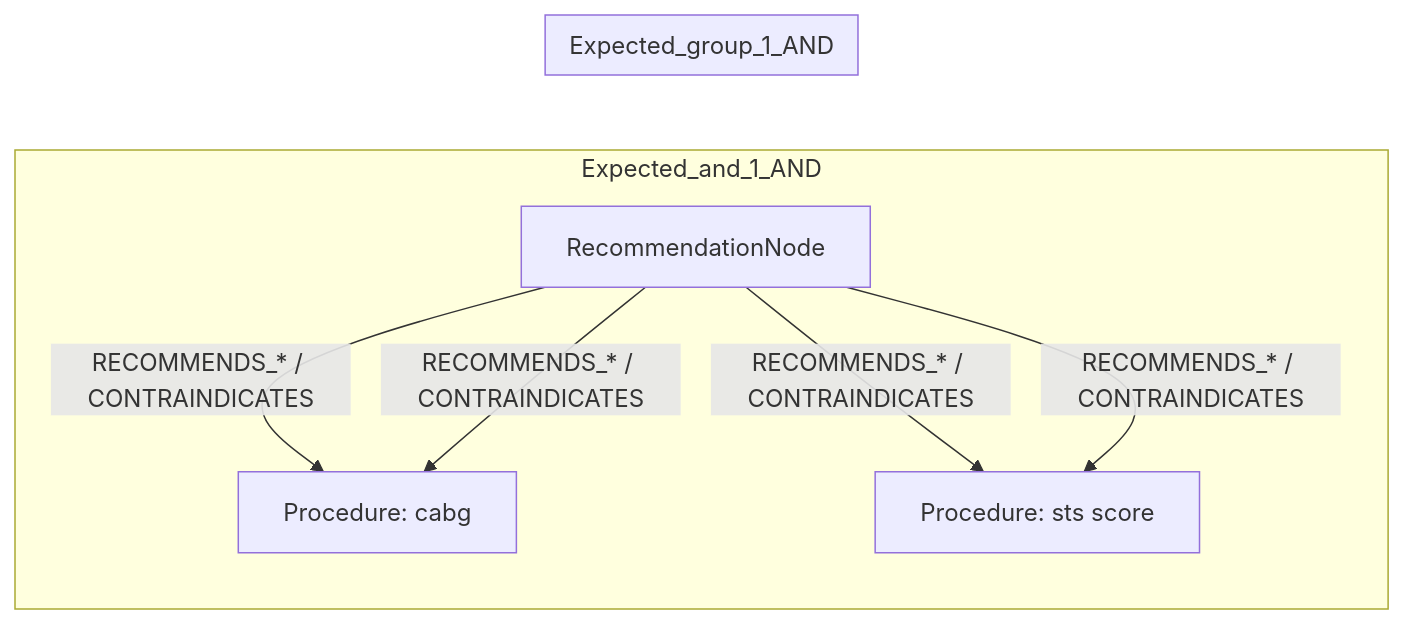
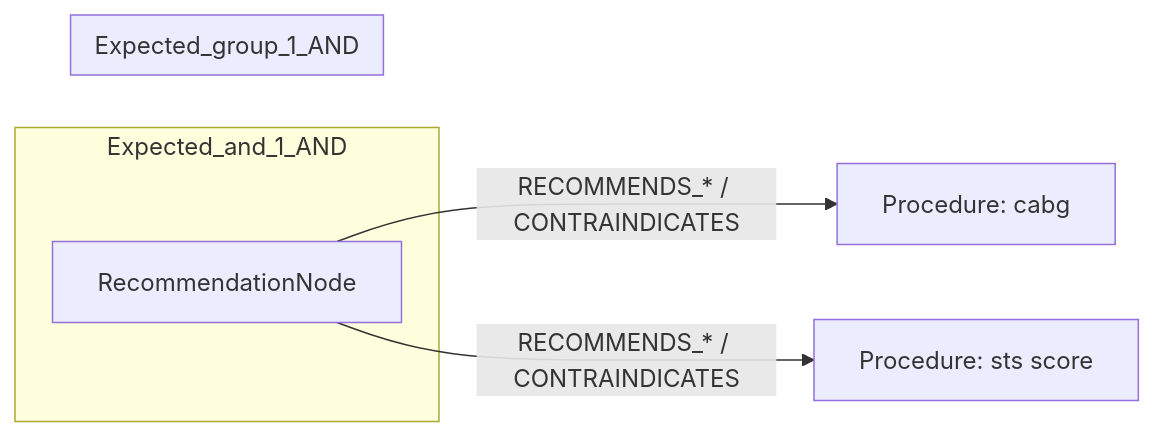
Before and after one commit to dieterich-lab/CardioGuidelinesGraph: the first of 2 diagrams in docs/table22_rows/row_14.md, drawn with Mermaid. The commit also changed other lines of this file and 18 other files, not shown here.

Commit message:
Update mermaid diagrams.

````diff
--- a/docs/table22_rows/row_14.md
+++ b/docs/table22_rows/row_14.md
@@ -206,19 +206,14 @@
 ```mermaid
 graph LR
+  REC[RecommendationNode]
+  ACT1[Procedure: cabg]
+  REC -->|RECOMMENDS_* / CONTRAINDICATES| ACT1
+  ACT2[Procedure: sts score]
+  REC -->|RECOMMENDS_* / CONTRAINDICATES| ACT2
   subgraph Expected_and_1_AND
-    REC[RecommendationNode]
     REC
-    ACT1[Procedure: cabg]
-    REC -->|RECOMMENDS_* / CONTRAINDICATES| ACT1
-    ACT2[Procedure: sts score]
-    REC -->|RECOMMENDS_* / CONTRAINDICATES| ACT2
   end
   subgraph Expected_group_1_AND
-    REC[RecommendationNode]
     REC
-    ACT1[Procedure: cabg]
-    REC -->|RECOMMENDS_* / CONTRAINDICATES| ACT1
-    ACT2[Procedure: sts score]
-    REC -->|RECOMMENDS_* / CONTRAINDICATES| ACT2
   end
 ```
````
